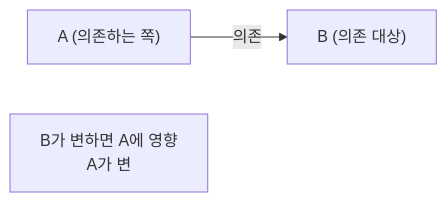
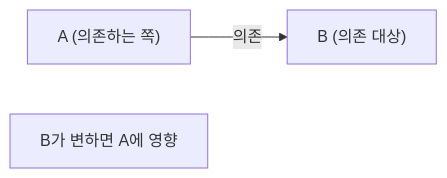
The first of 5 diagrams in _posts/spring/2022-06-16-의존관계 주입(DI).md (yjkim2015/yjkim2015.github.io), drawn with Mermaid before and after one commit. The commit also changed other lines of this file and 217 other files, not shown here.

First line of the commit message:
Mermaid 크기 수정: useMaxWidth:true + SVG max-width:100% + 라벨 축소

````diff
--- a/_posts/spring/2022-06-16-의존관계 주입(DI).md
+++ b/_posts/spring/2022-06-16-의존관계 주입(DI).md
@@ -21,7 +21,7 @@
 ```mermaid
 graph LR
     A["A (의존하는 쪽)"]
     B["B (의존 대상)"]
     A -->|"의존"| B
-    NOTE["B가 변하면 A에 영향\nA가 변"]
+    NOTE["B가 변하면 A에 영향"]
 ```
````
